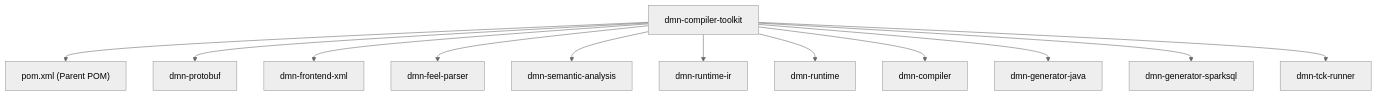
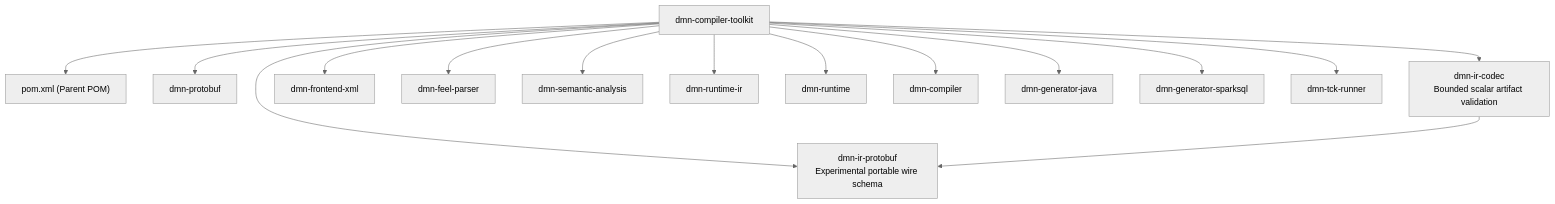
The diagram in docs/architecture/chapters/07-Maven Modules.md (finmsg-io/dmn-compiler-toolkit), drawn with Mermaid before and after one commit. The commit also changed other lines of this file and 38 other files, not shown here.

Commit message:
feat(dmnir): add scalar portable IR pipeline and DMN 1.6 export

````diff
--- a/docs/architecture/chapters/07-Maven Modules.md
+++ b/docs/architecture/chapters/07-Maven Modules.md
@@ -22,15 +24,18 @@
 ```mermaid
 %%{init: {'theme':'neutral'}}%%
 flowchart TD
     Root["dmn-compiler-toolkit"] --> Pom["pom.xml (Parent POM)"]
     Root --> Proto["dmn-protobuf"]
+    Root --> Portable["dmn-ir-protobuf<br/>Experimental portable wire schema"]
+    Root --> Codec["dmn-ir-codec<br/>Bounded scalar artifact validation"]
+    Codec --> Portable
     Root --> Front["dmn-frontend-xml"]
     Root --> Feel["dmn-feel-parser"]
     Root --> Sem["dmn-semantic-analysis"]
     Root --> IR["dmn-runtime-ir"]
     Root --> Runtime["dmn-runtime"]
     Root --> Comp["dmn-compiler"]
     Root --> JavaGen["dmn-generator-java"]
     Root --> SparkGen["dmn-generator-sparksql"]
     Root --> TCK["dmn-tck-runner"]
 ```
````
